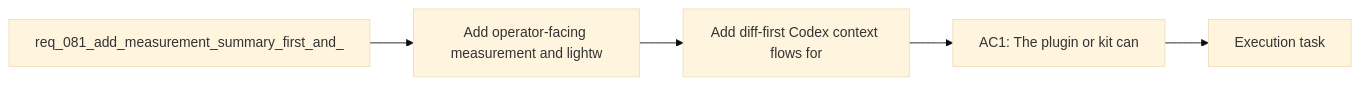
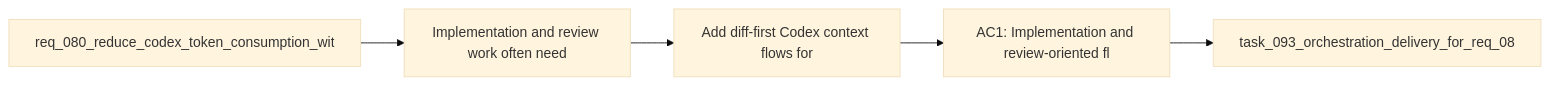
The diagram in logics/backlog/item_110_add_diff_first_codex_context_flows_for_implementation_and_review_work.md (AlexAgo83/logics-manager), drawn with Mermaid (base theme) before and after one commit. The commit also changed 481 other files, not shown here.

````diff
--- a/logics/backlog/item_110_add_diff_first_codex_context_flows_for_implementation_and_review_work.md
+++ b/logics/backlog/item_110_add_diff_first_codex_context_flows_for_implementation_and_review_work.md
@@ -25,9 +25,9 @@
 ```mermaid
 %% logics-kind: backlog
 %% logics-signature: backlog|add-diff-first-codex-context-flows-for-i|req-080-reduce-codex-token-consumption-w|implementation-and-review-work-often-nee|ac1-implementation-and-review-oriented-f
 flowchart LR
-    Request[req_081_add_measurement_summary_first_and_] --> Problem[Add operator-facing measurement and lightw]
+    Request[req_080_reduce_codex_token_consumption_wit] --> Problem[Implementation and review work often need]
     Problem --> Scope[Add diff-first Codex context flows for]
-    Scope --> Acceptance[AC1: The plugin or kit can]
-    Acceptance --> Tasks[Execution task]
+    Scope --> Acceptance[AC1: Implementation and review-oriented fl]
+    Acceptance --> Tasks[task_093_orchestration_delivery_for_req_08]
 ```
````
